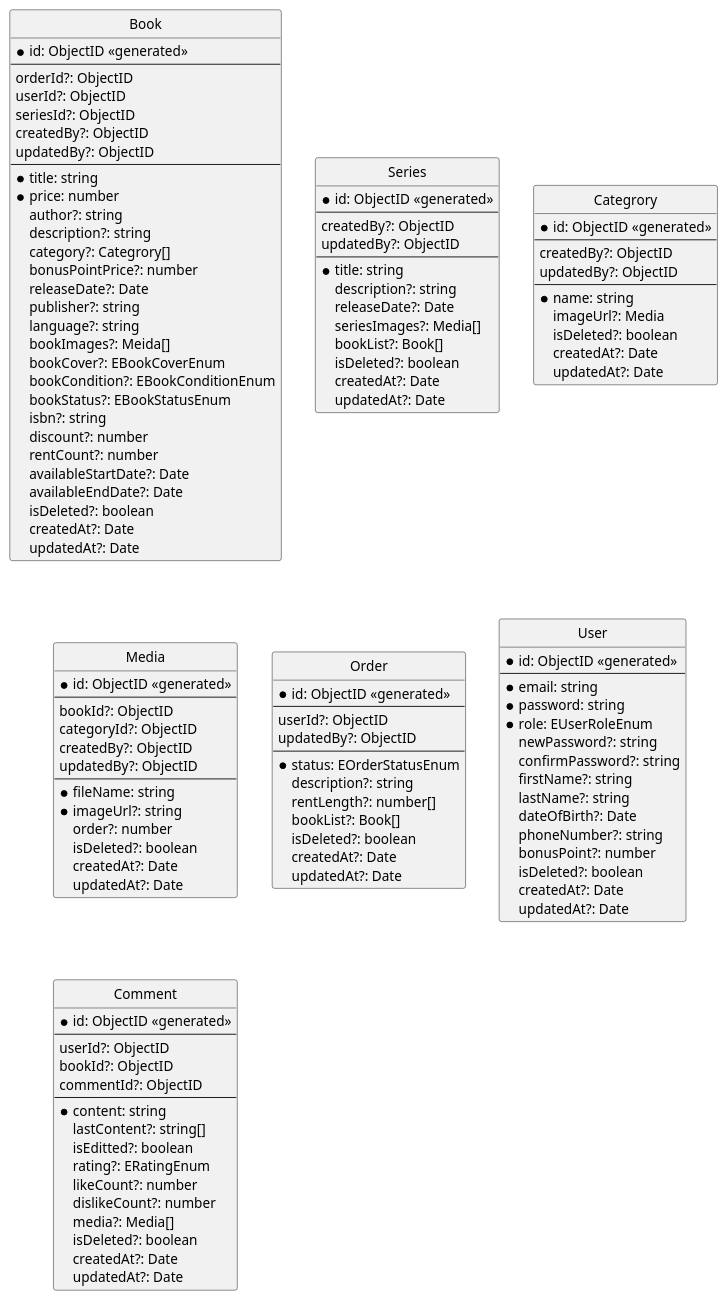
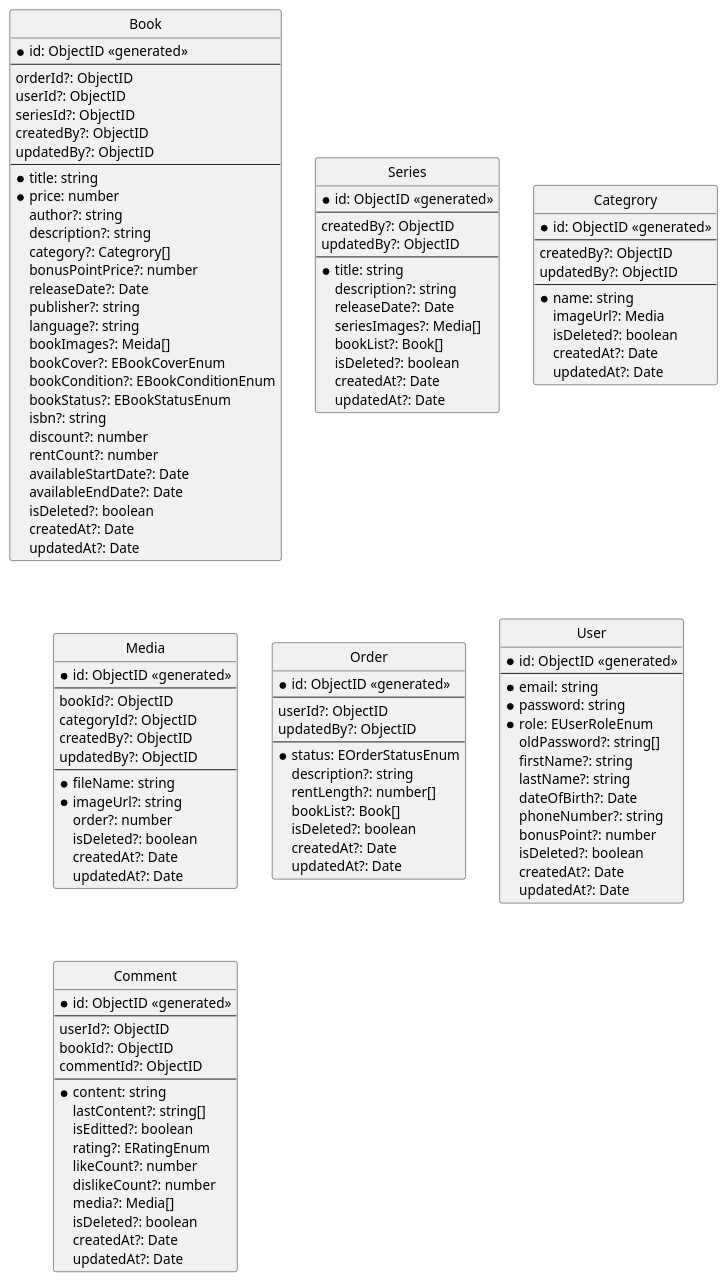
Before and after one commit to taint3110/bookshare: the diagram in docs/ERD/ERD.puml, drawn with PlantUML.

Commit message:
BS-04 | Update ERD

```diff
--- a/docs/ERD/ERD.puml
+++ b/docs/ERD/ERD.puml
@@ -1,174 +1,173 @@
 @startuml BookShare Entity Relationship Diagram
 hide circle
 skinparam linetype ortho
 
 
 entity "Book" as book {
   *id: ObjectID <<generated>>
   --
   orderId?: ObjectID
   userId?: ObjectID
   seriesId?: ObjectID
   createdBy?: ObjectID
   updatedBy?: ObjectID
   --
   *title: string
   *price: number
   author?: string
   description?: string
   category?: Categrory[]
   bonusPointPrice?: number
   releaseDate?: Date
   publisher?: string
   language?: string
   bookImages?: Meida[]
   bookCover?: EBookCoverEnum 
   ' enum EBookCoverEnum {
   '   SOFT = 'soft',
   '   HARD = 'hard',
   ' }
   bookCondition?: EBookConditionEnum
   ' enum EBookConditionEnum {
   '   NEW = 'new',
   '   OLD = 'old',
   '   DAMAGED = 'damaged',
   '   LOST = 'lost',
   ' }
   bookStatus?: EBookStatusEnum
   ' enum EBookStatusEnum {
   '   AVAILABLE = 'available',
   '   UNAVAILABLE = 'unavailable',
   '   RENTED = 'rented',
   ' }
   isbn?: string
   discount?: number
   rentCount?: number
   availableStartDate?: Date
   availableEndDate?: Date
   isDeleted?: boolean
   createdAt?: Date
   updatedAt?: Date
 }
 
 entity "Series" as series {
   *id: ObjectID <<generated>>
   --
   createdBy?: ObjectID
   updatedBy?: ObjectID
   --
   *title: string
   description?: string
   releaseDate?: Date
   seriesImages?: Media[]
   bookList?: Book[]
   isDeleted?: boolean
   createdAt?: Date
   updatedAt?: Date
 }
 
 
 entity "Categrory" as category {
   *id: ObjectID <<generated>>
   --
   createdBy?: ObjectID
   updatedBy?: ObjectID
   --
   *name: string
   imageUrl?: Media
   isDeleted?: boolean
   createdAt?: Date
   updatedAt?: Date
 }
 
 entity "Media" as media {
   *id: ObjectID <<generated>>
   --
   bookId?: ObjectID
   categoryId?: ObjectID
   createdBy?: ObjectID
   updatedBy?: ObjectID
   --
   *fileName: string
   *imageUrl?: string
   order?: number
   isDeleted?: boolean
   createdAt?: Date
   updatedAt?: Date
 }
 
 
 entity "Order" as order {
   *id: ObjectID <<generated>>
   --
   userId?: ObjectID
   updatedBy?: ObjectID
   --
   *status: EOrderStatusEnum
   ' enum EApplicantStatus {
   '   NEW = 'new',
   '   READY = 'ready',
   '   DONE = 'done',
   '   FAILED = 'failed',
   '   CANCELLED = 'cancelled',
   '   RETURNED = 'returned',
   '   REFUNDED = 'refunded',
   '   OVERDUE = 'overdue',
   ' }
   description?: string
   rentLength?: number[]
   bookList?: Book[]
   isDeleted?: boolean
   createdAt?: Date
   updatedAt?: Date
 }
 
 entity "User" as user {
   *id: ObjectID <<generated>>
   --
   *email: string
   *password: string
   *role: EUserRoleEnum
   ' enum EUserRoleEnum {
   '   ADMIN = 'admin',
   '   CUSTOMER = 'customer',
   '   STAFF = 'staff',
   ' }
-  newPassword?: string
-  confirmPassword?: string
+  oldPassword?: string[]
   firstName?: string
   lastName?: string
   dateOfBirth?: Date
   phoneNumber?: string
   bonusPoint?: number
   isDeleted?: boolean
   createdAt?: Date
   updatedAt?: Date
 }
 
 entity "Comment" as comment {
   *id: ObjectID <<generated>>
   --
   userId?: ObjectID
   bookId?: ObjectID
   commentId?: ObjectID
   --
   *content: string
   lastContent?: string[]
   isEditted?: boolean
   rating?: ERatingEnum 
   ' ERatingEnum {
   '  ONE = 1,
   '  TWO = 2,
   '  THREE = 3,
   '  FOUR = 4,
   '  FIVE = 5, 
   ' }
   likeCount?: number
   dislikeCount?: number
   media?: Media[]
   isDeleted?: boolean
   createdAt?: Date
   updatedAt?: Date
 }
 
 @enduml
```
